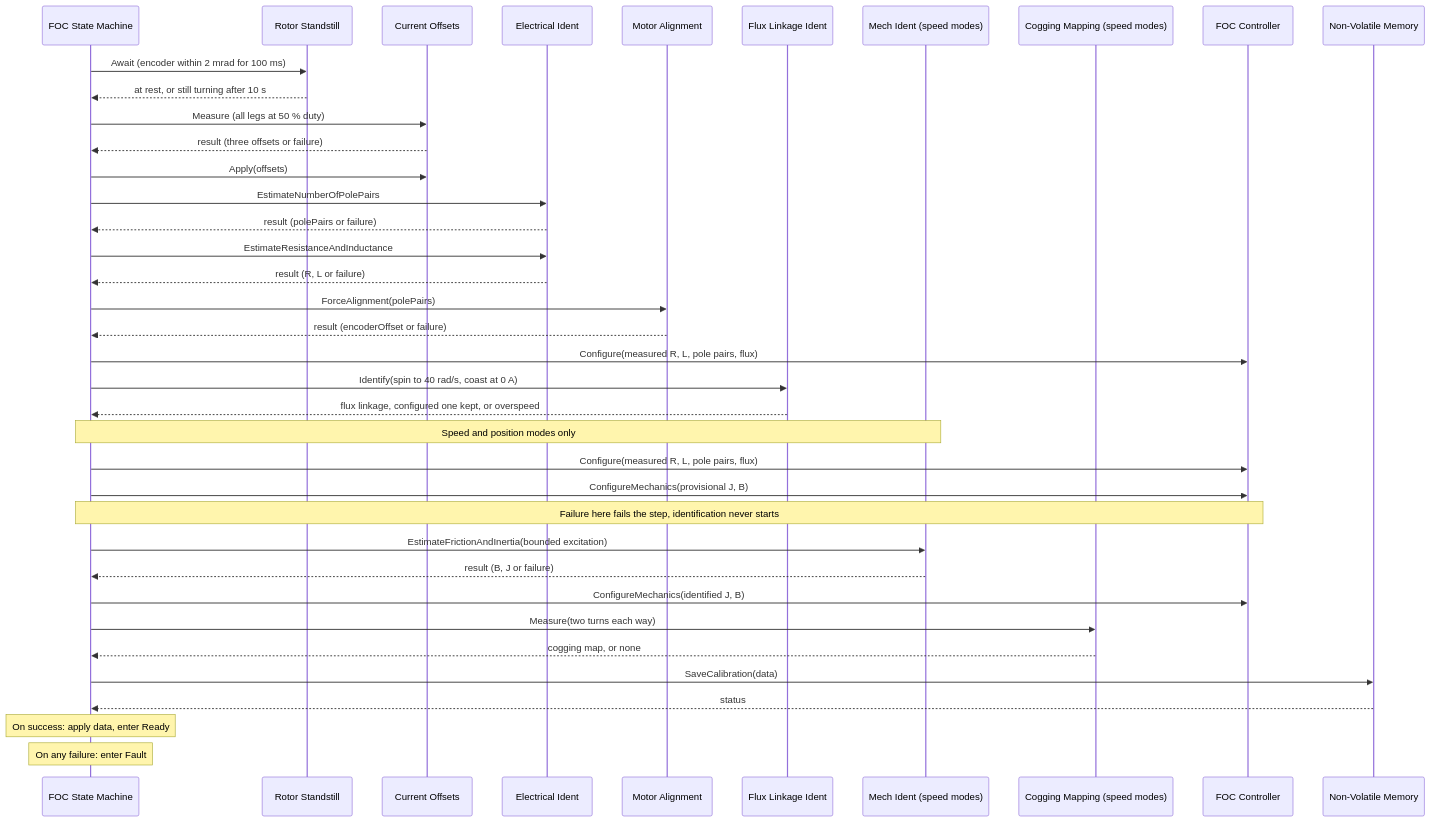
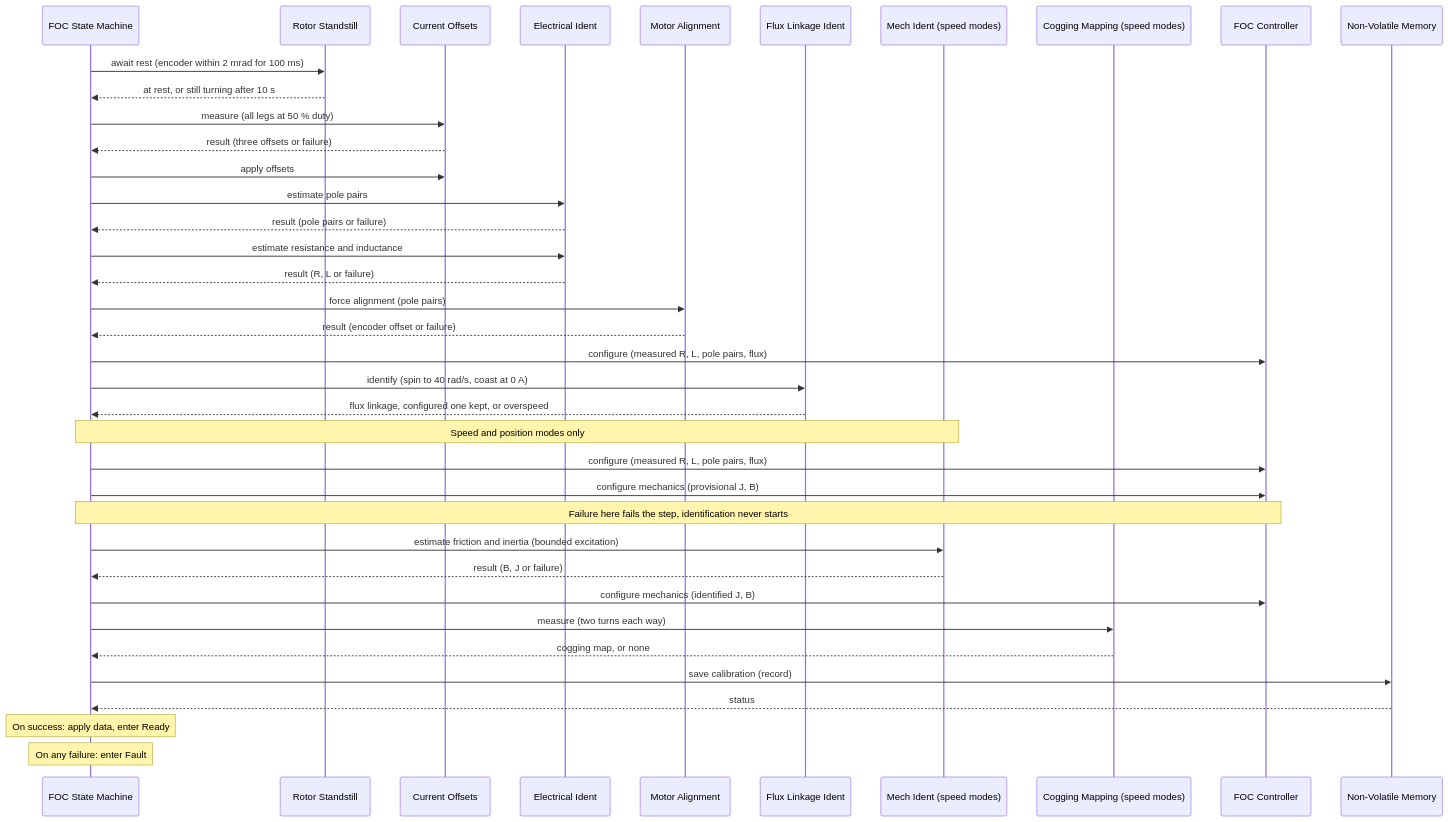
The third of 13 diagrams in documentation/design/state-machine.md (embedded-pro/e-foc), drawn with Mermaid before and after one commit. The commit also changed other lines of this file and 37 other files, not shown here.

````diff
--- a/documentation/design/state-machine.md
+++ b/documentation/design/state-machine.md
@@ -278,41 +291,41 @@
 ```mermaid
 sequenceDiagram
     participant SM as FOC State Machine
     participant RS as Rotor Standstill
     participant CO as Current Offsets
     participant EI as Electrical Ident
     participant MA as Motor Alignment
     participant FL as Flux Linkage Ident
     participant MI as Mech Ident (speed modes)
     participant CM as Cogging Mapping (speed modes)
     participant FOC as FOC Controller
     participant NVM as Non-Volatile Memory
 
-    SM->>RS: Await (encoder within 2 mrad for 100 ms)
+    SM->>RS: await rest (encoder within 2 mrad for 100 ms)
     RS-->>SM: at rest, or still turning after 10 s
-    SM->>CO: Measure (all legs at 50 % duty)
+    SM->>CO: measure (all legs at 50 % duty)
     CO-->>SM: result (three offsets or failure)
-    SM->>CO: Apply(offsets)
-    SM->>EI: EstimateNumberOfPolePairs
-    EI-->>SM: result (polePairs or failure)
-    SM->>EI: EstimateResistanceAndInductance
+    SM->>CO: apply offsets
+    SM->>EI: estimate pole pairs
+    EI-->>SM: result (pole pairs or failure)
+    SM->>EI: estimate resistance and inductance
     EI-->>SM: result (R, L or failure)
-    SM->>MA: ForceAlignment(polePairs)
-    MA-->>SM: result (encoderOffset or failure)
-    SM->>FOC: Configure(measured R, L, pole pairs, flux)
-    SM->>FL: Identify(spin to 40 rad/s, coast at 0 A)
+    SM->>MA: force alignment (pole pairs)
+    MA-->>SM: result (encoder offset or failure)
+    SM->>FOC: configure (measured R, L, pole pairs, flux)
+    SM->>FL: identify (spin to 40 rad/s, coast at 0 A)
     FL-->>SM: flux linkage, configured one kept, or overspeed
     note over SM,MI: Speed and position modes only
-    SM->>FOC: Configure(measured R, L, pole pairs, flux)
-    SM->>FOC: ConfigureMechanics(provisional J, B)
+    SM->>FOC: configure (measured R, L, pole pairs, flux)
+    SM->>FOC: configure mechanics (provisional J, B)
     note over SM,FOC: Failure here fails the step, identification never starts
-    SM->>MI: EstimateFrictionAndInertia(bounded excitation)
+    SM->>MI: estimate friction and inertia (bounded excitation)
     MI-->>SM: result (B, J or failure)
-    SM->>FOC: ConfigureMechanics(identified J, B)
-    SM->>CM: Measure(two turns each way)
+    SM->>FOC: configure mechanics (identified J, B)
+    SM->>CM: measure (two turns each way)
     CM-->>SM: cogging map, or none
-    SM->>NVM: SaveCalibration(data)
+    SM->>NVM: save calibration (record)
     NVM-->>SM: status
     note over SM: On success: apply data, enter Ready
     note over SM: On any failure: enter Fault
 ```
````
